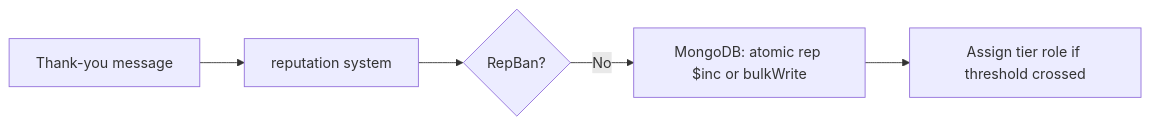
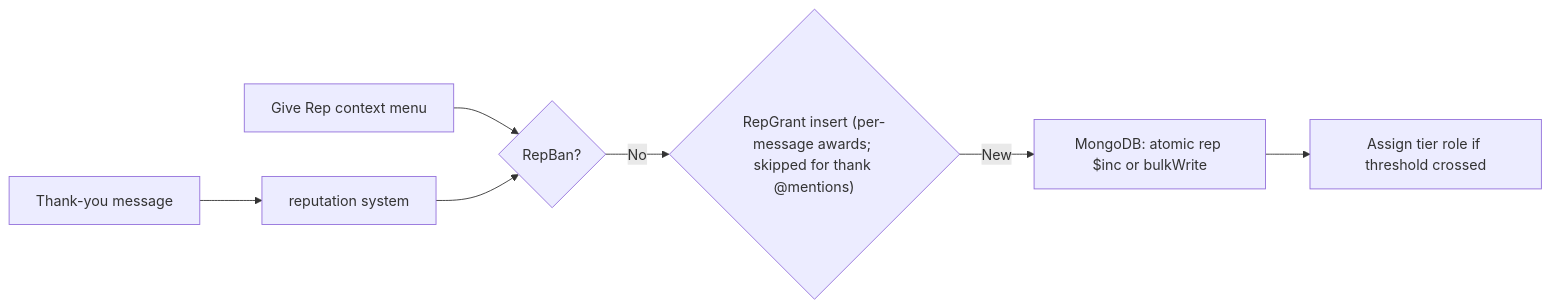
One commit to Vasumitra-Gajbhiye/Ralevel-Discord-Bot changed the second of 3 diagrams in docs/database.md. Above: the diagram before and after it, drawn with Mermaid. The commit also changed other lines of this file and 23 other files, not shown here.

First line of the commit message:
Feat/give rep context menu (#11)

````diff
--- a/docs/database.md
+++ b/docs/database.md
@@ -683,7 +704,9 @@
 ```mermaid
 flowchart LR
     MSG[Thank-you message] --> REP[reputation system]
+    MENU[Give Rep context menu] --> CHECK
     REP --> CHECK{RepBan?}
-    CHECK -->|No| MONGO["MongoDB: atomic rep $inc or bulkWrite"]
+    CHECK -->|No| GRANT{"RepGrant insert (per-message awards; skipped for thank @mentions)"}
+    GRANT -->|New| MONGO["MongoDB: atomic rep $inc or bulkWrite"]
     MONGO --> TIER[Assign tier role if threshold crossed]
 ```
````
